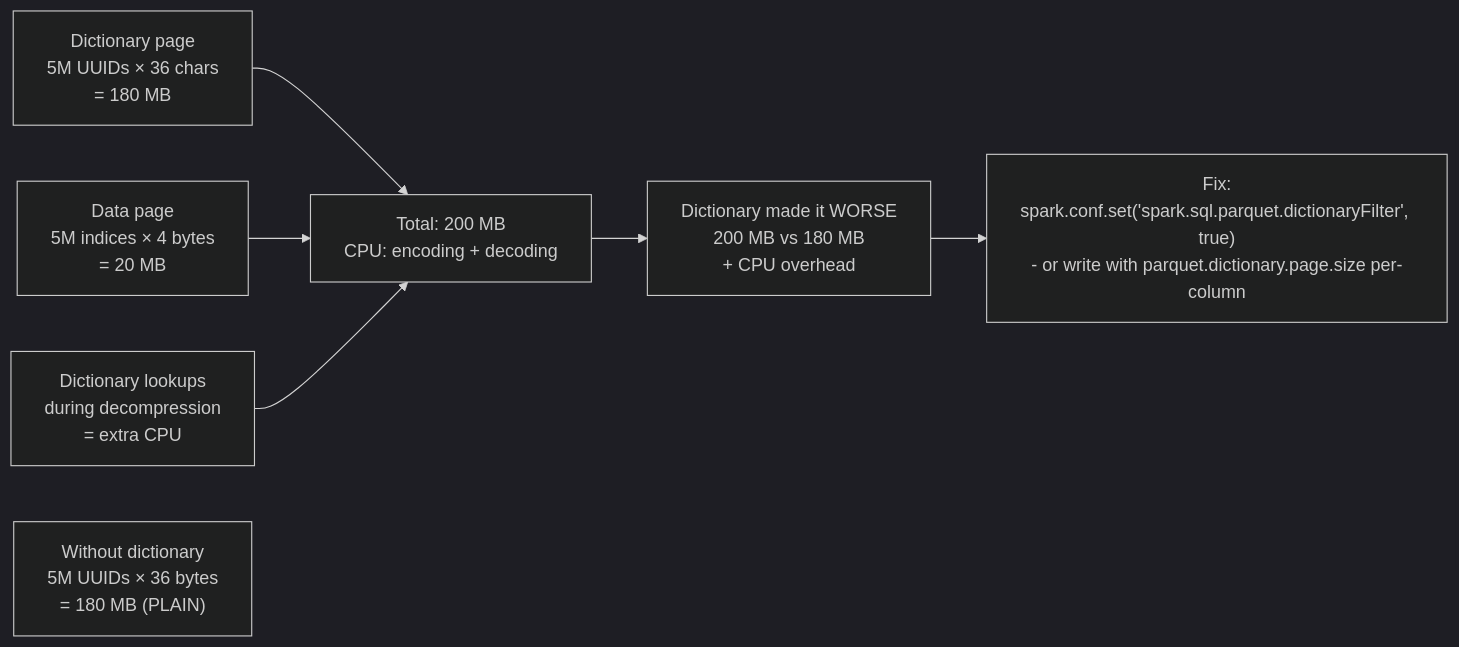
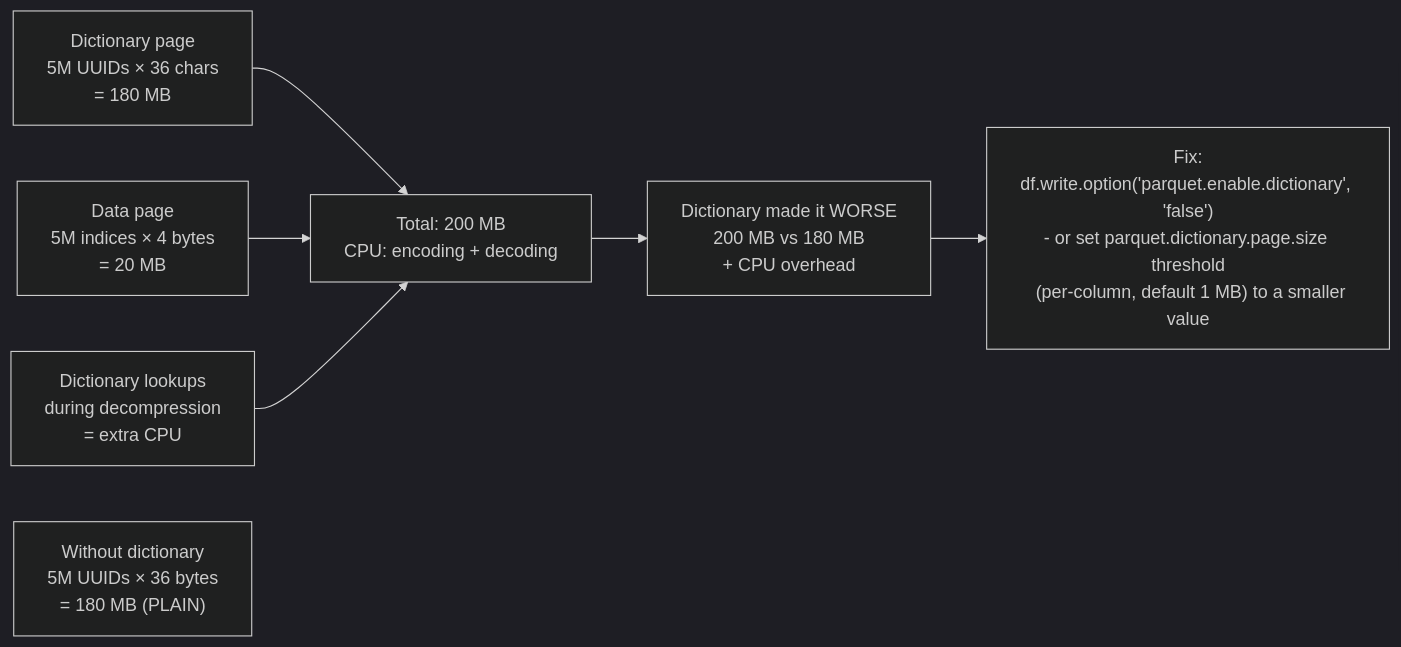
Diagram 11 of 12 in foundations/file-formats.md (cookiee01/data-engineering-learning-resources), drawn with Mermaid (dark theme) before and after one commit. The commit also changed other lines of this file, not shown here.

````diff
--- a/foundations/file-formats.md
+++ b/foundations/file-formats.md
@@ -469,16 +470,16 @@
 ```mermaid
 flowchart LR
     SUB1["Dictionary page<br/>5M UUIDs × 36 chars<br/>= 180 MB"]
     SUB2["Data page<br/>5M indices × 4 bytes<br/>= 20 MB"]
     SUB3["Dictionary lookups<br/>during decompression<br/>= extra CPU"]
     TOTAL["Total: 200 MB<br/>CPU: encoding + decoding"]
 
     SUB1 --> TOTAL
     SUB2 --> TOTAL
     SUB3 --> TOTAL
 
     WITHOUT["Without dictionary<br/>5M UUIDs × 36 bytes<br/>= 180 MB (PLAIN)"]
     TOTAL --> COMPARE["Dictionary made it WORSE<br/>200 MB vs 180 MB<br/>+ CPU overhead"]
 
-    COMPARE --> FIX["Fix:<br/>spark.conf.set('spark.sql.parquet.dictionaryFilter', true)<br/>- or write with parquet.dictionary.page.size per-column"]
+    COMPARE --> FIX["Fix:<br/>df.write.option('parquet.enable.dictionary', 'false')<br/>- or set parquet.dictionary.page.size threshold<br/>  (per-column, default 1 MB) to a smaller value"]
 ```
````
